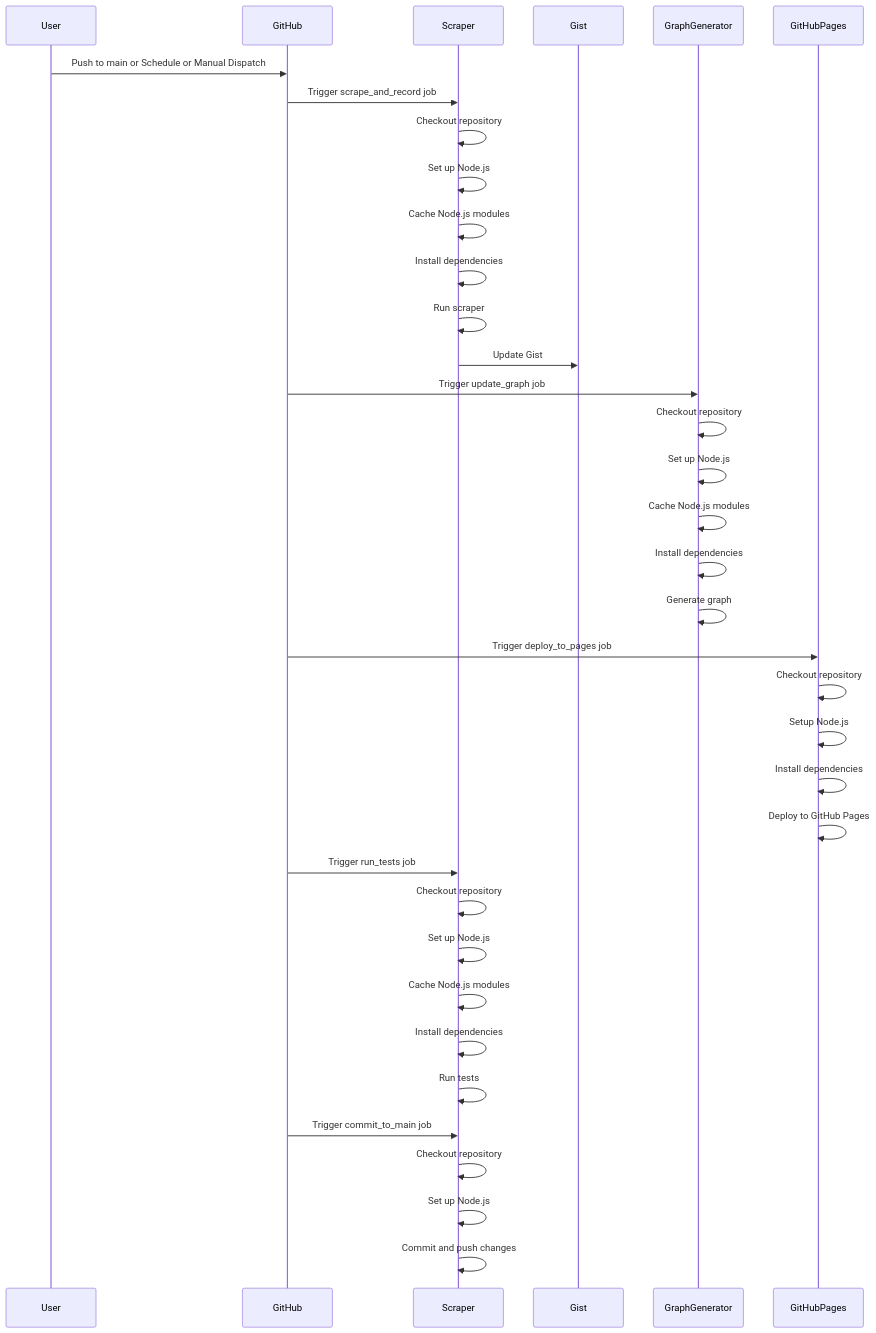
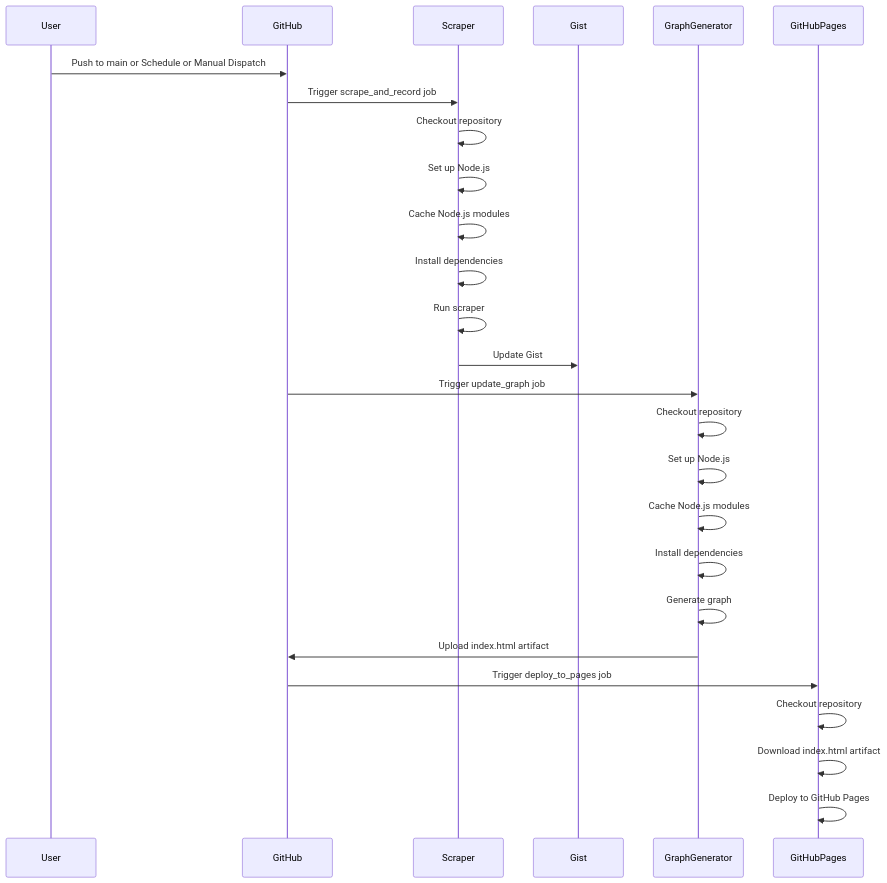
Before and after one commit to yasugahira0810/UCSSMonitor: the diagram in mermaid_flowchart.md, drawn with Mermaid. The commit also changed 1 other file, not shown here.

Commit message:
Update Mermaid flowchart

````diff
--- a/mermaid_flowchart.md
+++ b/mermaid_flowchart.md
@@ -1,39 +1,29 @@
 ```mermaid
 sequenceDiagram
     participant User
     participant GitHub
     participant Scraper
     participant Gist
     participant GraphGenerator
     participant GitHubPages
 
     User->>GitHub: Push to main or Schedule or Manual Dispatch
     GitHub->>Scraper: Trigger scrape_and_record job
     Scraper->>Scraper: Checkout repository
     Scraper->>Scraper: Set up Node.js
     Scraper->>Scraper: Cache Node.js modules
     Scraper->>Scraper: Install dependencies
     Scraper->>Scraper: Run scraper
     Scraper->>Gist: Update Gist
     GitHub->>GraphGenerator: Trigger update_graph job
     GraphGenerator->>GraphGenerator: Checkout repository
     GraphGenerator->>GraphGenerator: Set up Node.js
     GraphGenerator->>GraphGenerator: Cache Node.js modules
     GraphGenerator->>GraphGenerator: Install dependencies
     GraphGenerator->>GraphGenerator: Generate graph
+    GraphGenerator->>GitHub: Upload index.html artifact
     GitHub->>GitHubPages: Trigger deploy_to_pages job
     GitHubPages->>GitHubPages: Checkout repository
-    GitHubPages->>GitHubPages: Setup Node.js
-    GitHubPages->>GitHubPages: Install dependencies
+    GitHubPages->>GitHubPages: Download index.html artifact
     GitHubPages->>GitHubPages: Deploy to GitHub Pages
-    GitHub->>Scraper: Trigger run_tests job
-    Scraper->>Scraper: Checkout repository
-    Scraper->>Scraper: Set up Node.js
-    Scraper->>Scraper: Cache Node.js modules
-    Scraper->>Scraper: Install dependencies
-    Scraper->>Scraper: Run tests
-    GitHub->>Scraper: Trigger commit_to_main job
-    Scraper->>Scraper: Checkout repository
-    Scraper->>Scraper: Set up Node.js
-    Scraper->>Scraper: Commit and push changes
 ```
````
